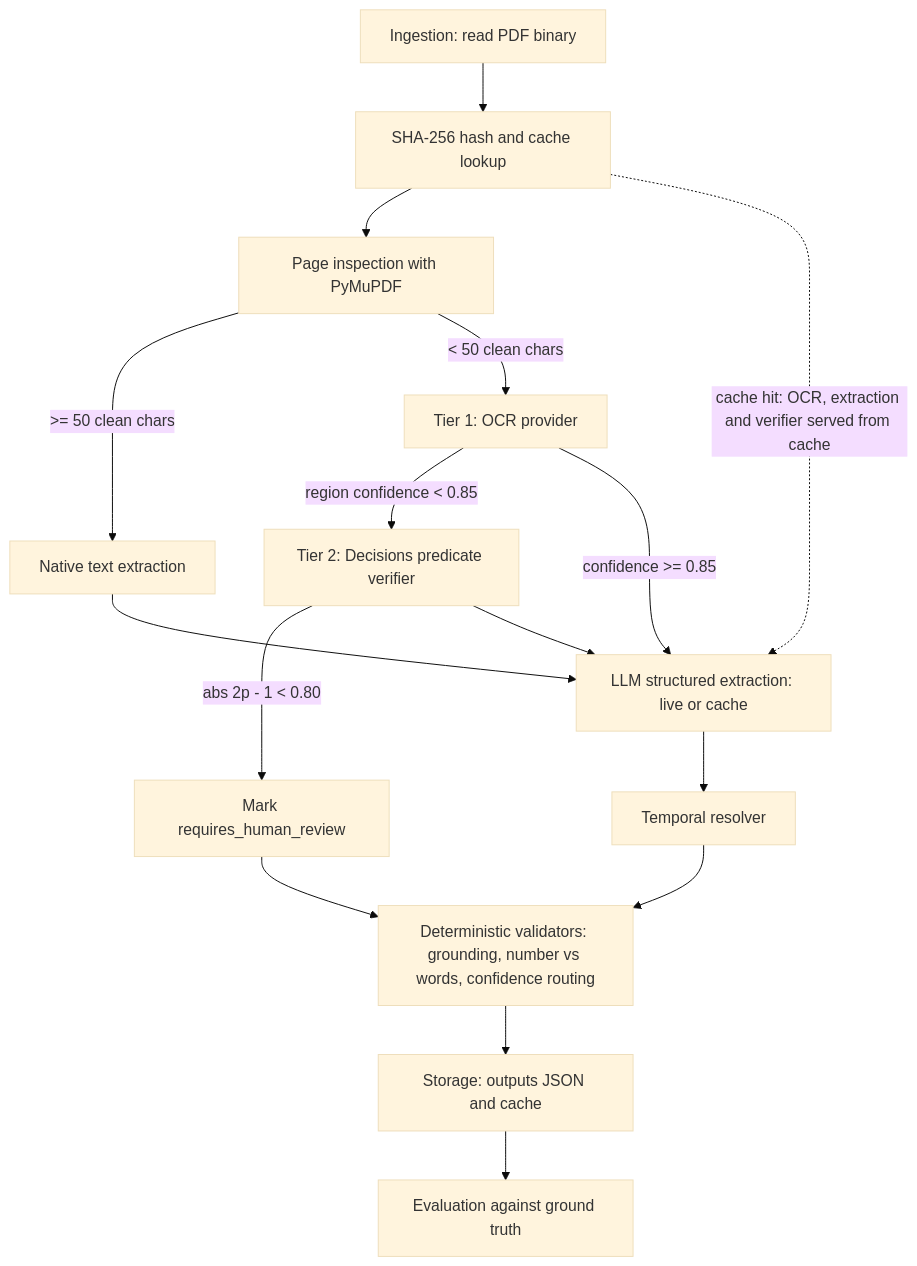
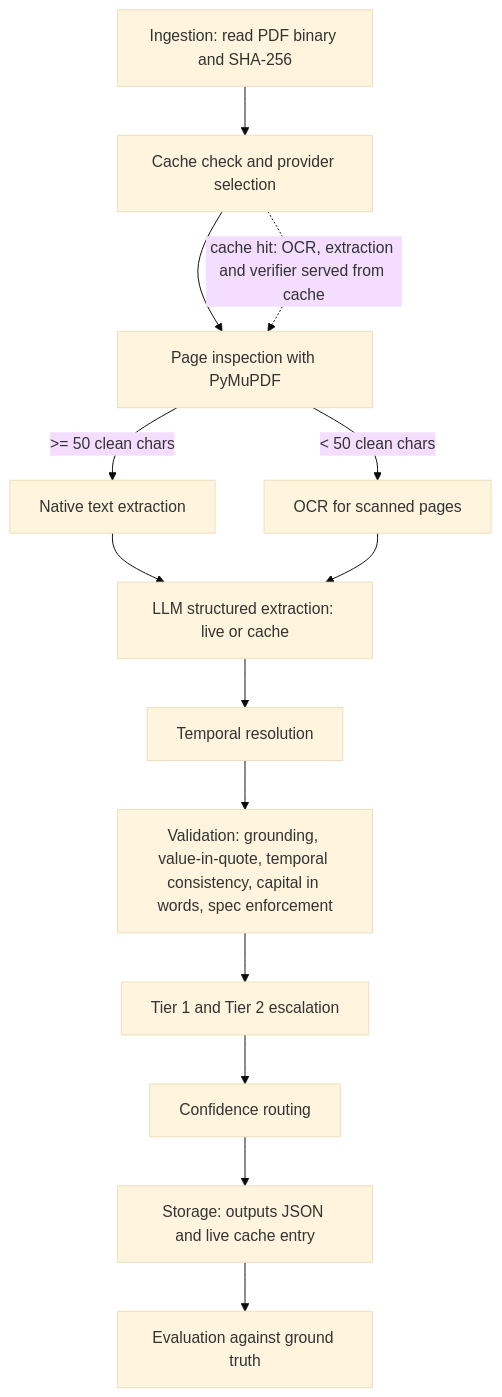
Before and after one commit to rupi-rs/actas-constitutivas-pipeline: the diagram in README.md, drawn with Mermaid (base theme). The commit also changed other lines of this file, not shown here.

Commit message:
docs: align README with hardened validation, cache policy and deployment manifests

````diff
--- a/README.md
+++ b/README.md
@@ -37,18 +41,16 @@
 ```mermaid
 flowchart TD
-    A[Ingestion: read PDF binary] --> B[SHA-256 hash and cache lookup]
+    A[Ingestion: read PDF binary and SHA-256] --> B[Cache check and provider selection]
     B --> C[Page inspection with PyMuPDF]
     C -->|>= 50 clean chars| D[Native text extraction]
-    C -->|< 50 clean chars| E[Tier 1: OCR provider]
-    E -->|region confidence < 0.85| F[Tier 2: Decisions predicate verifier]
-    E -->|confidence >= 0.85| G
-    F -->|abs 2p - 1 < 0.80| H[Mark requires_human_review]
-    F --> G
+    C -->|< 50 clean chars| E[OCR for scanned pages]
     D --> G[LLM structured extraction: live or cache]
-    G --> I[Temporal resolver]
-    I --> J[Deterministic validators: grounding, number vs words, confidence routing]
-    H --> J
-    J --> K[Storage: outputs JSON and cache]
+    E --> G
+    G --> I[Temporal resolution]
+    I --> S[Validation: grounding, value-in-quote, temporal consistency, capital in words, spec enforcement]
+    S --> T[Tier 1 and Tier 2 escalation]
+    T --> R[Confidence routing]
+    R --> K[Storage: outputs JSON and live cache entry]
     K --> L[Evaluation against ground truth]
-    B -.->|cache hit: OCR, extraction and verifier served from cache| G
+    B -.->|cache hit: OCR, extraction and verifier served from cache| C
 ```
````
